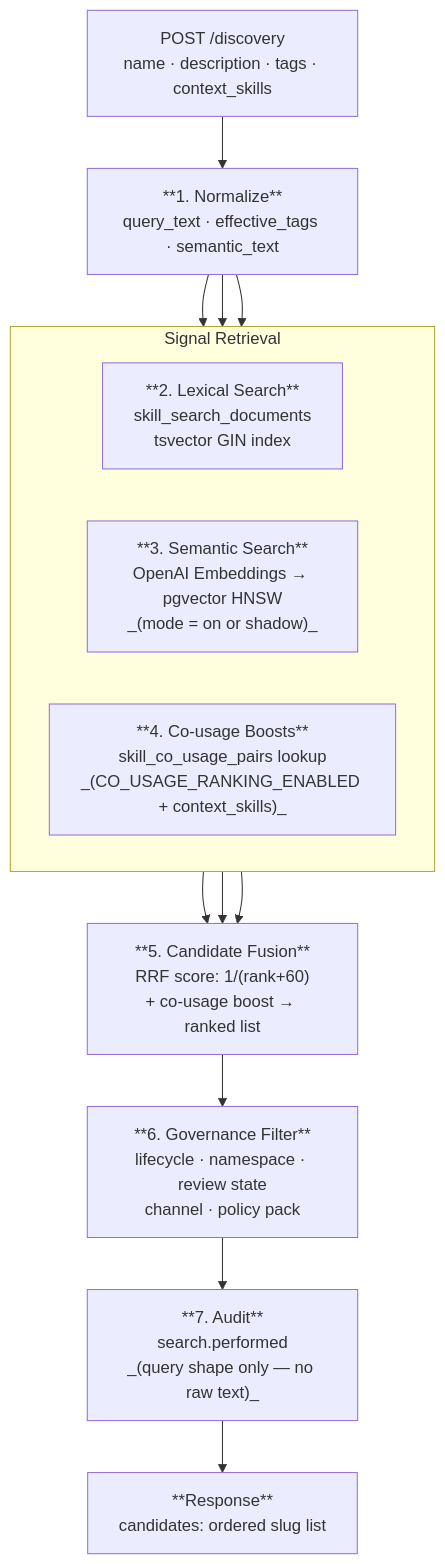
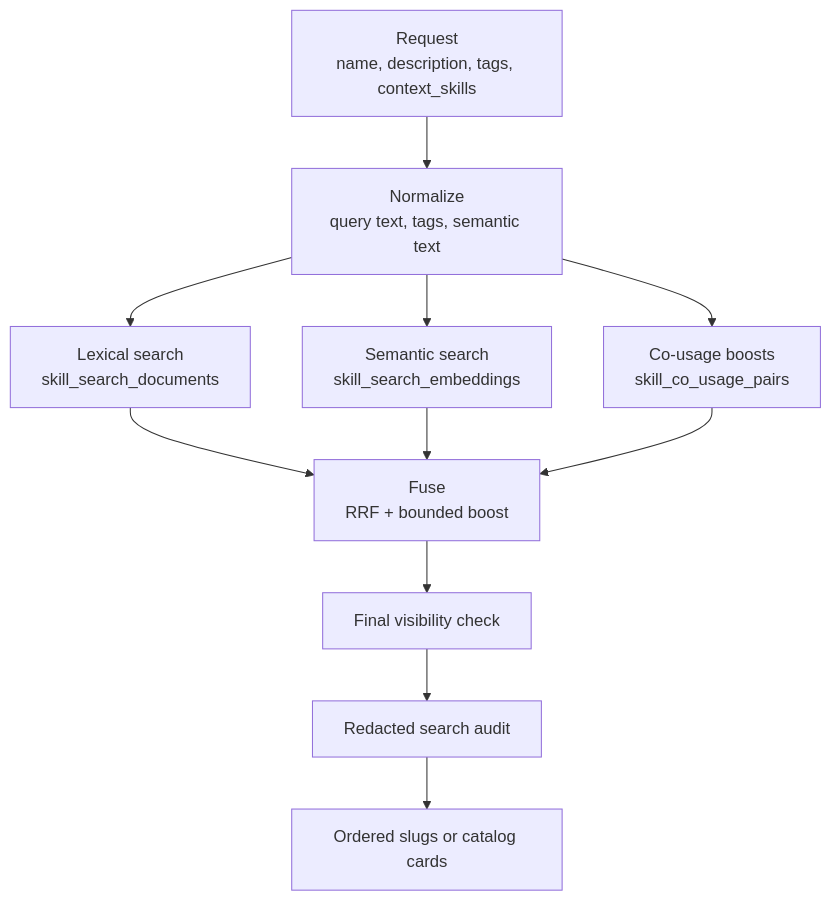
One commit to aptitude-stack/docs changed the diagram in registry/discovery-mechanism.md. Above: the diagram before and after it, drawn with Mermaid. The commit also changed other lines of this file and 11 other files, not shown here.

````diff
--- a/registry/discovery-mechanism.md
+++ b/registry/discovery-mechanism.md
@@ -15,28 +11,23 @@
 ```mermaid
 flowchart TD
-    REQ["POST /discovery\nname · description · tags · context_skills"]
-    NORM["**1. Normalize**\nquery_text · effective_tags · semantic_text"]
+    Req["Request\nname, description, tags, context_skills"]
+    Norm["Normalize\nquery text, tags, semantic text"]
+    Lex["Lexical search\nskill_search_documents"]
+    Sem["Semantic search\nskill_search_embeddings"]
+    Co["Co-usage boosts\nskill_co_usage_pairs"]
+    Fuse["Fuse\nRRF + bounded boost"]
+    Gov["Final visibility check"]
+    Audit["Redacted search audit"]
+    Resp["Ordered slugs or catalog cards"]
 
-    subgraph Signals["Signal Retrieval"]
-        direction LR
-        LEX["**2. Lexical Search**\nskill_search_documents\ntsvector GIN index"]
-        SEM["**3. Semantic Search**\nOpenAI Embeddings → pgvector HNSW\n_(mode = on or shadow)_"]
-        COU["**4. Co-usage Boosts**\nskill_co_usage_pairs lookup\n_(CO_USAGE_RANKING_ENABLED + context_skills)_"]
-    end
-
-    FUSE["**5. Candidate Fusion**\nRRF score: 1/(rank+60)\n+ co-usage boost → ranked list"]
-    GOV["**6. Governance Filter**\nlifecycle · namespace · review state\nchannel · policy pack"]
-    AUDIT["**7. Audit**\nsearch.performed\n_(query shape only — no raw text)_"]
-    RESP["**Response**\ncandidates: ordered slug list"]
-
-    REQ --> NORM
-    NORM --> LEX
-    NORM --> SEM
-    NORM --> COU
-    LEX --> FUSE
-    SEM --> FUSE
-    COU --> FUSE
-    FUSE --> GOV
-    GOV --> AUDIT
-    AUDIT --> RESP
+    Req --> Norm
+    Norm --> Lex
+    Norm --> Sem
+    Norm --> Co
+    Lex --> Fuse
+    Sem --> Fuse
+    Co --> Fuse
+    Fuse --> Gov
+    Gov --> Audit
+    Audit --> Resp
 ```
````
